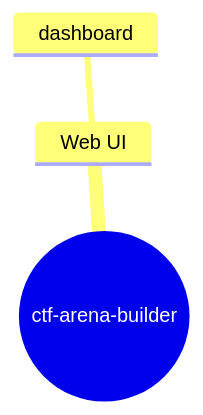
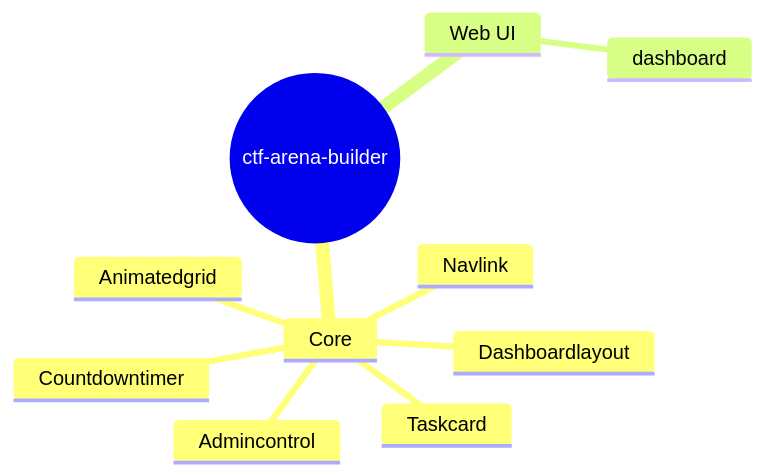
Before and after one commit to Punyamittal/ctf-arena-builder: the fourth of 4 diagrams in README.md, drawn with Mermaid. The commit also changed other lines of this file, not shown here.

````diff
--- a/README.md
+++ b/README.md
@@ -225,6 +231,13 @@
 ```mermaid
 mindmap
   root((ctf-arena-builder))
+    Core
+      Admincontrol
+      Animatedgrid
+      Countdowntimer
+      Dashboardlayout
+      Navlink
+      Taskcard
     Web UI
       dashboard
 ```
````
